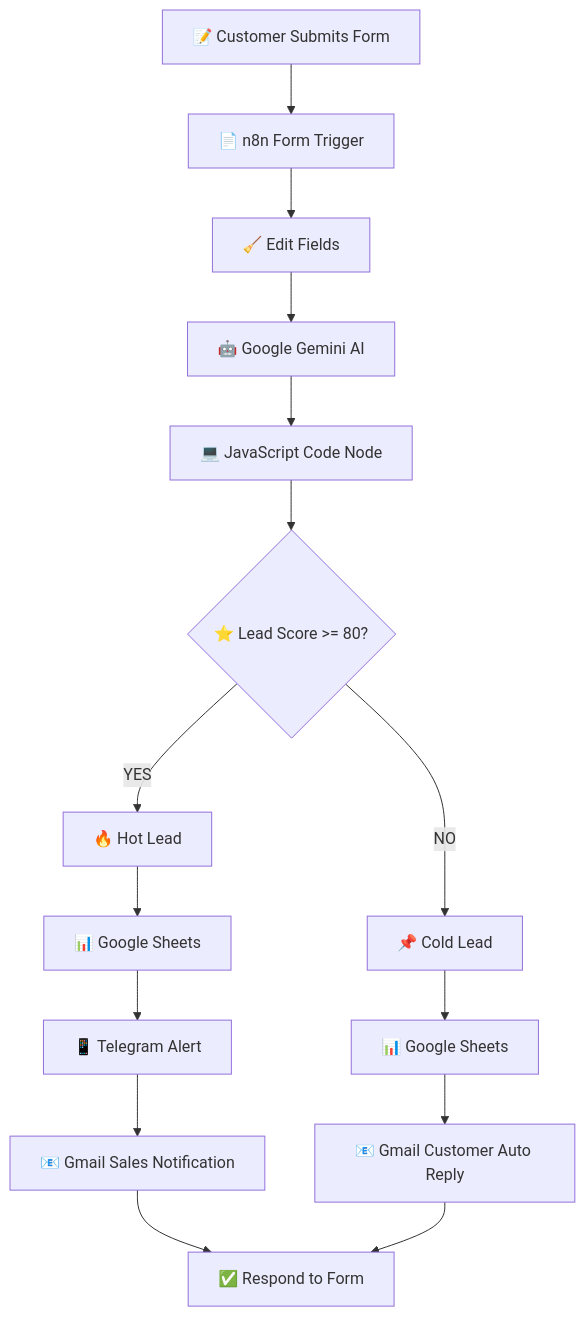
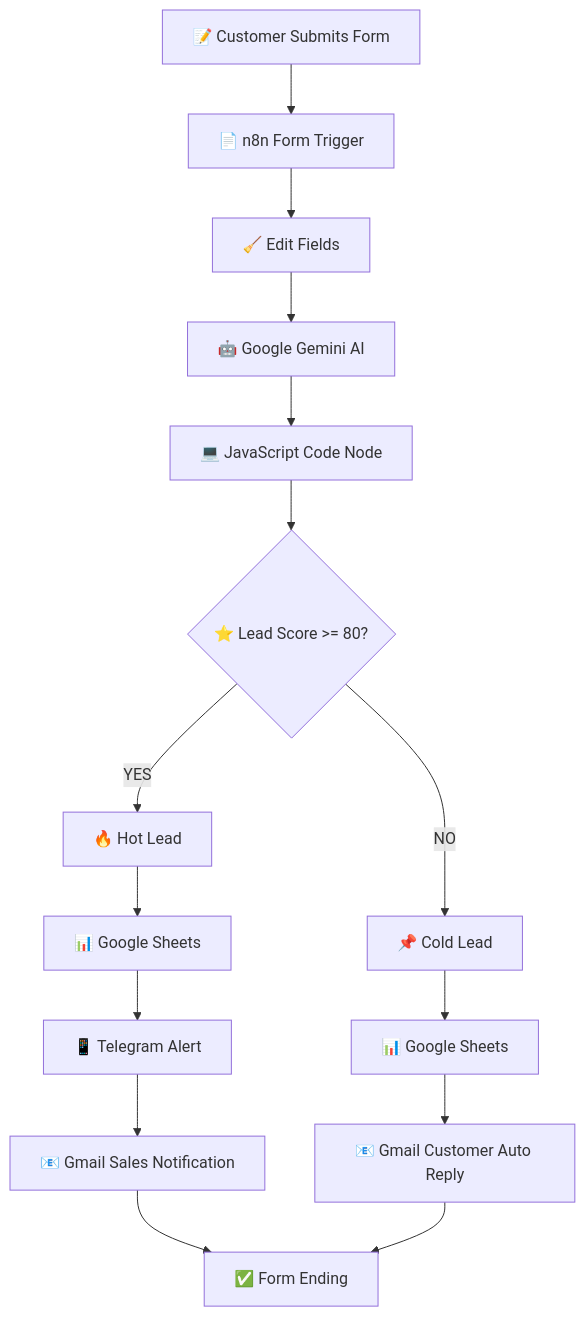
The first of 2 diagrams in README.md (belioautomation/CRM-Lead-Automation-n8n-Automation), drawn with Mermaid before and after one commit. The commit also changed other lines of this file, not shown here.

````diff
--- a/README.md
+++ b/README.md
@@ -130,33 +130,33 @@
 ```mermaid
 flowchart TD
 
 A["📝 Customer Submits Form"]
 
 --> B["📄 n8n Form Trigger"]
 
 B --> C["🧹 Edit Fields"]
 
 C --> D["🤖 Google Gemini AI"]
 
 D --> E["💻 JavaScript Code Node"]
 
 E --> F{"⭐ Lead Score >= 80?"}
 
 F -->|YES| G["🔥 Hot Lead"]
 
 F -->|NO| H["📌 Cold Lead"]
 
 G --> I["📊 Google Sheets"]
 
 H --> J["📊 Google Sheets"]
 
 I --> K["📱 Telegram Alert"]
 
 K --> L["📧 Gmail Sales Notification"]
 
 J --> M["📧 Gmail Customer Auto Reply"]
 
-L --> N["✅ Respond to Form"]
+L --> N["✅ Form Ending"]
 
 M --> N
 ```
````
